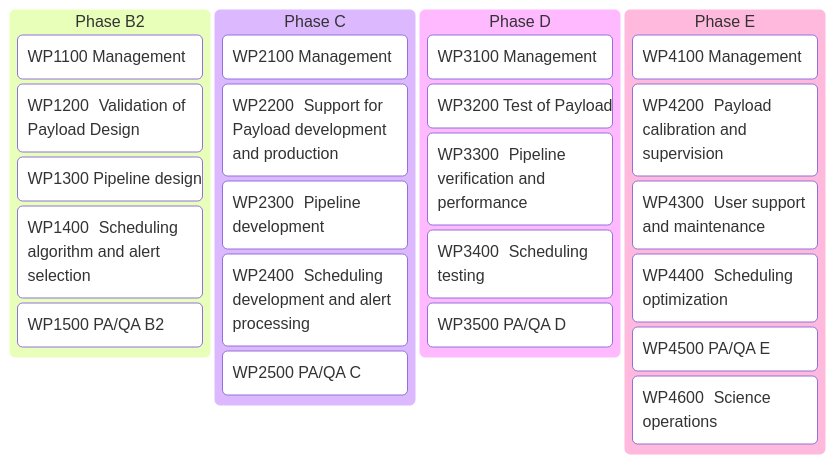
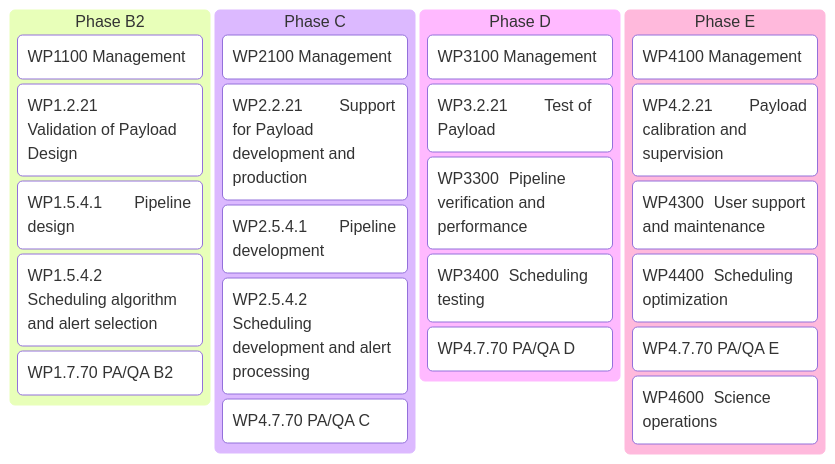
Before and after one commit to limu007/quvik: the second of 2 diagrams in calib/Workflow.md, drawn with Mermaid. The commit also changed other lines of this file, not shown here.

````diff
--- a/calib/Workflow.md
+++ b/calib/Workflow.md
@@ -4,33 +19,33 @@
 ```mermaid
 ---
 config:
   kanban:
     ticketBaseUrl: 'https://quvik.cz/browse/#TICKET#'
 ---
 kanban
   Phase B2
     [WP1100 Management]
-    WP1200	Validation of Payload Design
-    WP1300	Pipeline design
-    WP1400	Scheduling algorithm and alert selection
-    WP1500	PA/QA B2
+    WP1.2.21	Validation of Payload Design
+    WP1.5.4.1	Pipeline design
+    WP1.5.4.2	Scheduling algorithm and alert selection
+    WP1.7.70	PA/QA B2
   [Phase C]
     [WP2100 Management]
-    WP2200	Support for Payload development and production
-    WP2300	Pipeline development@{ticket:pip_dev}
-    WP2400	Scheduling development and alert processing
-    WP2500	PA/QA C
+    WP2.2.21	Support for Payload development and production
+    WP2.5.4.1	Pipeline development@{ticket:pip_dev}
+    WP2.5.4.2	Scheduling development and alert processing
+    WP4.7.70	PA/QA C
   id9[Phase D]
     [WP3100 Management]
-    WP3200	Test of Payload
+    WP3.2.21	Test of Payload
     WP3300	Pipeline verification and performance
     WP3400	Scheduling testing
-    WP3500	PA/QA D
+    WP4.7.70	PA/QA D
   id10[Phase E]
     [WP4100 Management]
-    WP4200	Payload calibration and supervision
+    WP4.2.21	Payload calibration and supervision
     WP4300	User support and maintenance
     WP4400	Scheduling optimization
-    WP4500	PA/QA E
+    WP4.7.70	PA/QA E
     WP4600	Science operations
 ```
````
